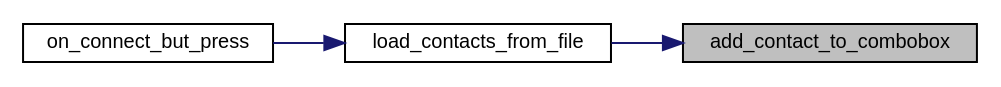
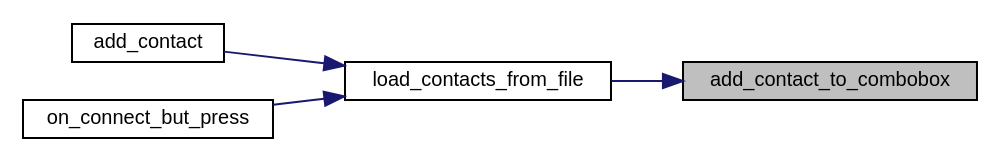
Before and after one commit to nathan-rabet/PEPITAS-Cryptocurrency: the diagram in docs/documentation/ui_8c_acfeb1c1504a9c8dab16b48f4ee0a8324_icgraph.dot, drawn with Graphviz. The commit also changed 192 other files, not shown here.

```diff
--- a/docs/documentation/ui_8c_acfeb1c1504a9c8dab16b48f4ee0a8324_icgraph.dot
+++ b/docs/documentation/ui_8c_acfeb1c1504a9c8dab16b48f4ee0a8324_icgraph.dot
@@ -1,12 +1,14 @@
 digraph "add_contact_to_combobox"
 {
  // LATEX_PDF_SIZE
   edge [fontname="Helvetica",fontsize="10",labelfontname="Helvetica",labelfontsize="10"];
   node [fontname="Helvetica",fontsize="10",shape=record];
   rankdir="RL";
   Node1 [label="add_contact_to_combobox",height=0.2,width=0.4,color="black", fillcolor="grey75", style="filled", fontcolor="black",tooltip=" "];
   Node1 -> Node2 [dir="back",color="midnightblue",fontsize="10",style="solid",fontname="Helvetica"];
   Node2 [label="load_contacts_from_file",height=0.2,width=0.4,color="black", fillcolor="white", style="filled",URL="$ui_8c.html#a73fe931a2fbeb2086428ad91c0cbc05e",tooltip=" "];
   Node2 -> Node3 [dir="back",color="midnightblue",fontsize="10",style="solid",fontname="Helvetica"];
-  Node3 [label="on_connect_but_press",height=0.2,width=0.4,color="black", fillcolor="white", style="filled",URL="$ui_8c.html#aa118feebec7cfa09ac8e958107872c47",tooltip=" "];
+  Node3 [label="add_contact",height=0.2,width=0.4,color="black", fillcolor="white", style="filled",URL="$ui_8c.html#ad00b3507b4bb09e32b88b8c4e015c7bf",tooltip=" "];
+  Node2 -> Node4 [dir="back",color="midnightblue",fontsize="10",style="solid",fontname="Helvetica"];
+  Node4 [label="on_connect_but_press",height=0.2,width=0.4,color="black", fillcolor="white", style="filled",URL="$ui_8c.html#aa118feebec7cfa09ac8e958107872c47",tooltip=" "];
 }
```
